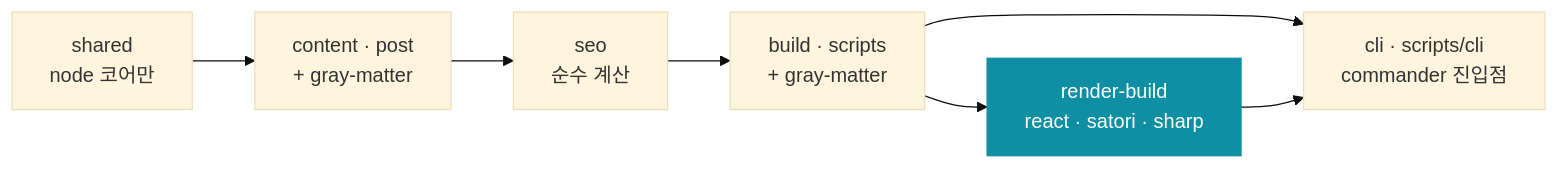
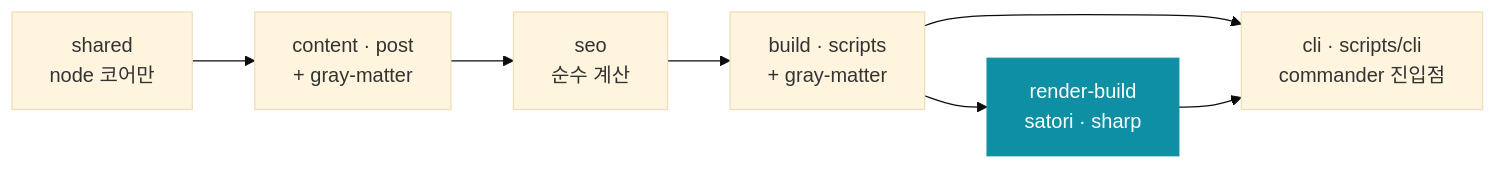
The second of 4 diagrams in packages/@blog/content/README.md (Han5991/fe-lab), drawn with Mermaid (base theme) before and after one commit. The commit also changed other lines of this file and 22 other files, not shown here.

````diff
--- a/packages/@blog/content/README.md
+++ b/packages/@blog/content/README.md
@@ -72,14 +72,14 @@
 ```mermaid
 flowchart LR
   L1["shared<br/>node 코어만"]
   L2["content · post<br/>+ gray-matter"]
   L3["seo<br/>순수 계산"]
   L4["build · scripts<br/>+ gray-matter"]
-  L5["render-build<br/>react · satori · sharp"]
+  L5["render-build<br/>satori · sharp"]
   L6["cli · scripts/cli<br/>commander 진입점"]
   L1 --> L2 --> L3 --> L4 --> L5
   L4 --> L6
   L5 --> L6
   classDef highlight fill:#0E8FA3,stroke:#0E8FA3,color:#ffffff;
   class L5 highlight;
 ```
````
